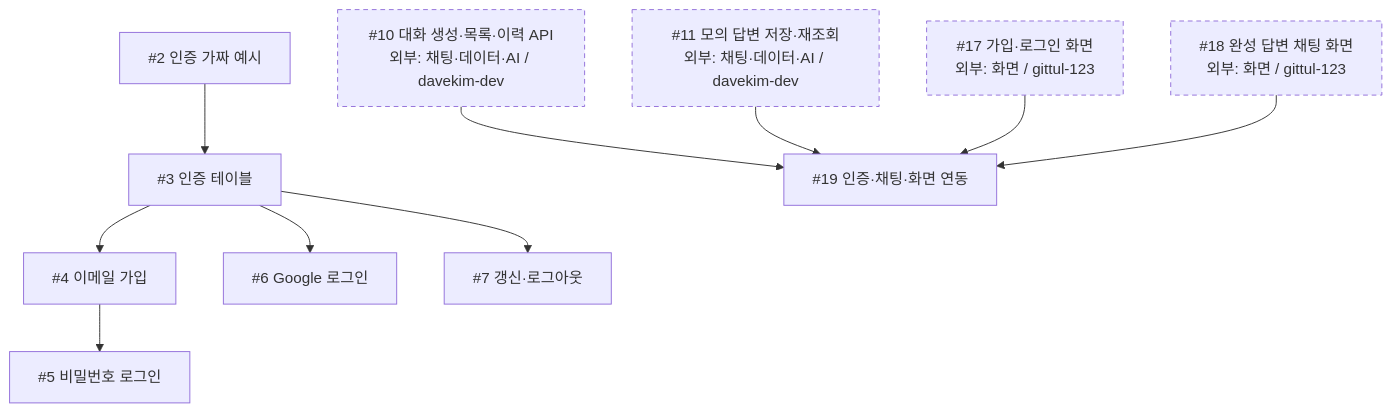
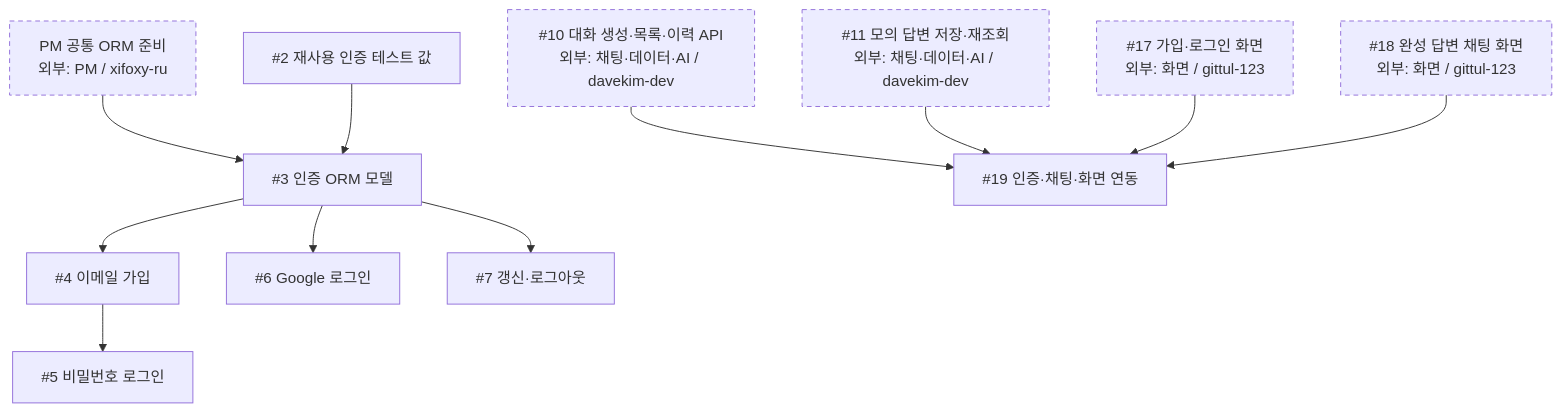
The diagram in docs/auth-flow.md (next-stop-siren/Next-Stop-Siren), drawn with Mermaid before and after one commit. The commit also changed other lines of this file and 14 other files, not shown here.

````diff
--- a/docs/auth-flow.md
+++ b/docs/auth-flow.md
@@ -9,36 +9,38 @@
 ```mermaid
 flowchart TD
-  N2["#2 인증 가짜 예시"]
-  N3["#3 인증 테이블"]
+  N2["#2 재사용 인증 테스트 값"]
+  N3["#3 인증 ORM 모델"]
   N4["#4 이메일 가입"]
   N5["#5 비밀번호 로그인"]
   N6["#6 Google 로그인"]
   N7["#7 갱신·로그아웃"]
   N10["#10 대화 생성·목록·이력 API<br/>외부: 채팅·데이터·AI / davekim-dev"]
   N11["#11 모의 답변 저장·재조회<br/>외부: 채팅·데이터·AI / davekim-dev"]
   N17["#17 가입·로그인 화면<br/>외부: 화면 / gittul-123"]
   N18["#18 완성 답변 채팅 화면<br/>외부: 화면 / gittul-123"]
   N19["#19 인증·채팅·화면 연동"]
+  PM["PM 공통 ORM 준비<br/>외부: PM / xifoxy-ru"] --> N3
   N2 --> N3
   N3 --> N4
   N4 --> N5
   N3 --> N6
   N3 --> N7
   N10 --> N19
   N11 --> N19
   N17 --> N19
   N18 --> N19
   classDef external stroke-dasharray:5 4;
-  class N10,N11,N17,N18 external;
+  class PM,N10,N11,N17,N18 external;
+  click PM "stack.md#개발과-초기-db" "공통 ORM 준비 보기"
   click N2 "https://github.com/next-stop-siren/Next-Stop-Siren/issues/2" "이슈 #2 열기"
   click N3 "https://github.com/next-stop-siren/Next-Stop-Siren/issues/3" "이슈 #3 열기"
   click N4 "https://github.com/next-stop-siren/Next-Stop-Siren/issues/4" "이슈 #4 열기"
   click N5 "https://github.com/next-stop-siren/Next-Stop-Siren/issues/5" "이슈 #5 열기"
   click N6 "https://github.com/next-stop-siren/Next-Stop-Siren/issues/6" "이슈 #6 열기"
   click N7 "https://github.com/next-stop-siren/Next-Stop-Siren/issues/7" "이슈 #7 열기"
   click N10 "https://github.com/next-stop-siren/Next-Stop-Siren/issues/10" "이슈 #10 열기"
   click N11 "https://github.com/next-stop-siren/Next-Stop-Siren/issues/11" "이슈 #11 열기"
   click N17 "https://github.com/next-stop-siren/Next-Stop-Siren/issues/17" "이슈 #17 열기"
   click N18 "https://github.com/next-stop-siren/Next-Stop-Siren/issues/18" "이슈 #18 열기"
   click N19 "https://github.com/next-stop-siren/Next-Stop-Siren/issues/19" "이슈 #19 열기"
 ```
````
